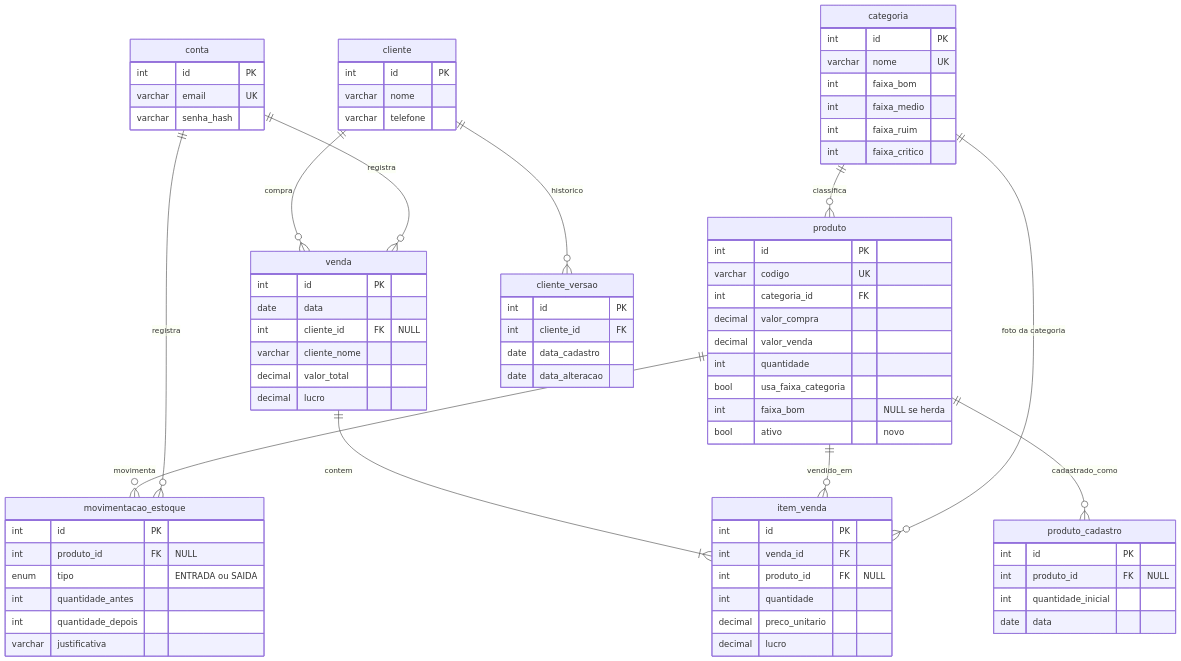
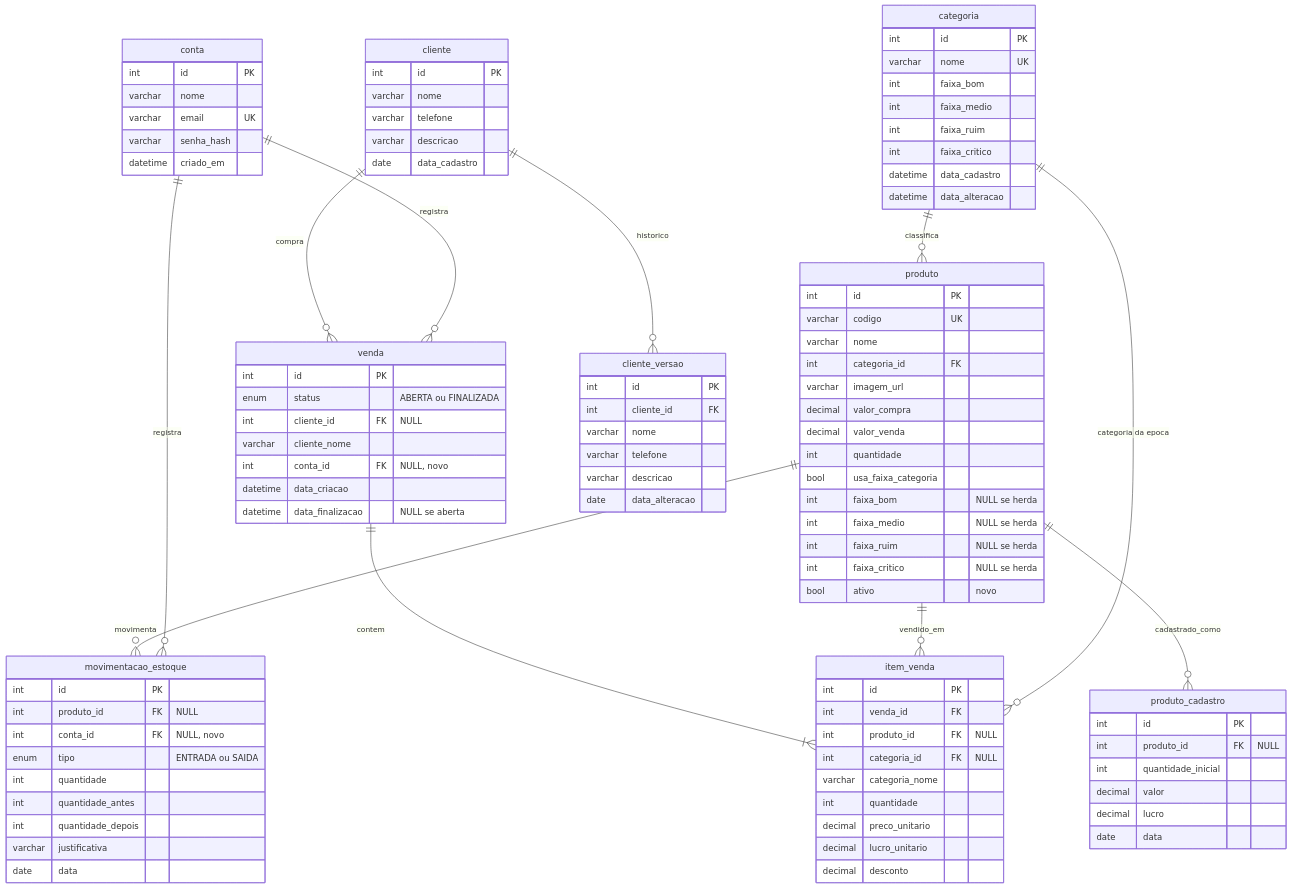
Before and after one commit to Vastiny-Grupo-3/Front-end: the diagram in docs/modelagem-dados.md, drawn with Mermaid. The commit also changed other lines of this file and 3 other files, not shown here.

````diff
--- a/docs/modelagem-dados.md
+++ b/docs/modelagem-dados.md
@@ -17,7 +19,7 @@
   conta ||--o{ venda : registra
   conta ||--o{ movimentacao_estoque : registra
   categoria ||--o{ produto : classifica
-  categoria ||--o{ item_venda : "foto da categoria"
+  categoria ||--o{ item_venda : "categoria da epoca"
   produto ||--o{ item_venda : vendido_em
   produto ||--o{ movimentacao_estoque : movimenta
   produto ||--o{ produto_cadastro : cadastrado_como
@@ -27,8 +29,10 @@
 
   conta {
     int id PK
+    varchar nome
     varchar email UK
     varchar senha_hash
+    datetime criado_em
   }
   categoria {
     int id PK
@@ -37,57 +41,77 @@
     int faixa_medio
     int faixa_ruim
     int faixa_critico
+    datetime data_cadastro
+    datetime data_alteracao
   }
   produto {
     int id PK
     varchar codigo UK
+    varchar nome
     int categoria_id FK
+    varchar imagem_url
     decimal valor_compra
     decimal valor_venda
     int quantidade
     bool usa_faixa_categoria
     int faixa_bom "NULL se herda"
+    int faixa_medio "NULL se herda"
+    int faixa_ruim "NULL se herda"
+    int faixa_critico "NULL se herda"
     bool ativo "novo"
   }
   cliente {
     int id PK
     varchar nome
     varchar telefone
+    varchar descricao
+    date data_cadastro
   }
   cliente_versao {
     int id PK
     int cliente_id FK
-    date data_cadastro
+    varchar nome
+    varchar telefone
+    varchar descricao
     date data_alteracao
   }
   venda {
     int id PK
-    date data
+    enum status "ABERTA ou FINALIZADA"
     int cliente_id FK "NULL"
     varchar cliente_nome
-    decimal valor_total
-    decimal lucro
+    int conta_id FK "NULL, novo"
+    datetime data_criacao
+    datetime data_finalizacao "NULL se aberta"
   }
   item_venda {
     int id PK
     int venda_id FK
     int produto_id FK "NULL"
+    int categoria_id FK "NULL"
+    varchar categoria_nome
     int quantidade
     decimal preco_unitario
-    decimal lucro
+    decimal lucro_unitario
+    decimal desconto
   }
   movimentacao_estoque {
     int id PK
     int produto_id FK "NULL"
+    int conta_id FK "NULL, novo"
     enum tipo "ENTRADA ou SAIDA"
+    int quantidade
     int quantidade_antes
     int quantidade_depois
     varchar justificativa
+    date data
   }
   produto_cadastro {
     int id PK
     int produto_id FK "NULL"
     int quantidade_inicial
+    decimal valor
+    decimal lucro
     date data
   }
 ```
````
